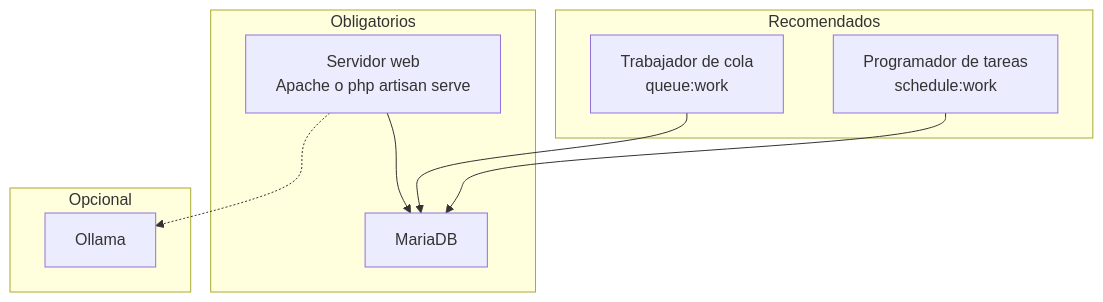
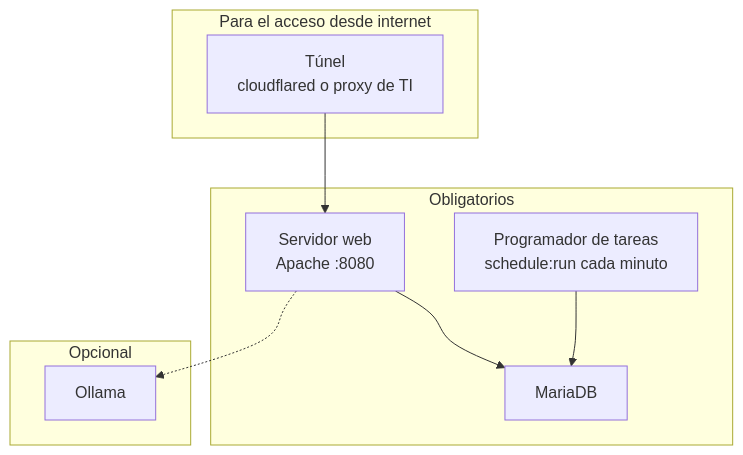
The diagram in docs/tecnica/13-operacion.md (75220834-cloud/PROYECTO-TALLER-DE-INV.-1), drawn with Mermaid before and after one commit. The commit also changed other lines of this file and 47 other files, not shown here.

````diff
--- a/docs/tecnica/13-operacion.md
+++ b/docs/tecnica/13-operacion.md
@@ -11,18 +11,18 @@
 ```mermaid
 graph TB
     subgraph "Obligatorios"
-        A["Servidor web<br/>Apache o php artisan serve"]
+        A["Servidor web<br/>Apache :8080"]
         B["MariaDB"]
+        D["Programador de tareas<br/>schedule:run cada minuto"]
     end
-    subgraph "Recomendados"
-        C["Trabajador de cola<br/>queue:work"]
-        D["Programador de tareas<br/>schedule:work"]
+    subgraph "Para el acceso desde internet"
+        T["Túnel<br/>cloudflared o proxy de TI"]
     end
     subgraph "Opcional"
         E["Ollama"]
     end
     A --> B
-    C --> B
     D --> B
+    T --> A
     A -.-> E
 ```
````
